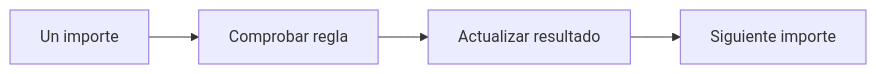
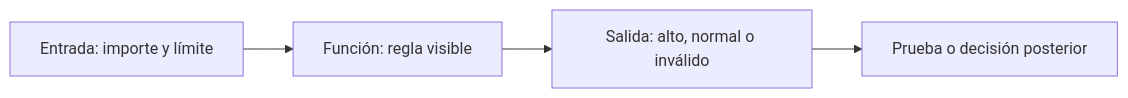
Diagram 13 of 39 in dist/markdown/temario-completo.md (Ayhur/CursoAnalista), drawn with Mermaid before and after one commit. The commit also changed other lines of this file and 11 other files, not shown here.

````diff
--- a/dist/markdown/temario-completo.md
+++ b/dist/markdown/temario-completo.md
@@ -720,6 +860,6 @@
 ```mermaid
 flowchart LR
-  A[Un importe] --> B[Comprobar regla]
-  B --> C[Actualizar resultado]
-  C --> D[Siguiente importe]
+  A[Entrada: importe y límite] --> B[Función: regla visible]
+  B --> C[Salida: alto, normal o inválido]
+  C --> D[Prueba o decisión posterior]
 ```
````
